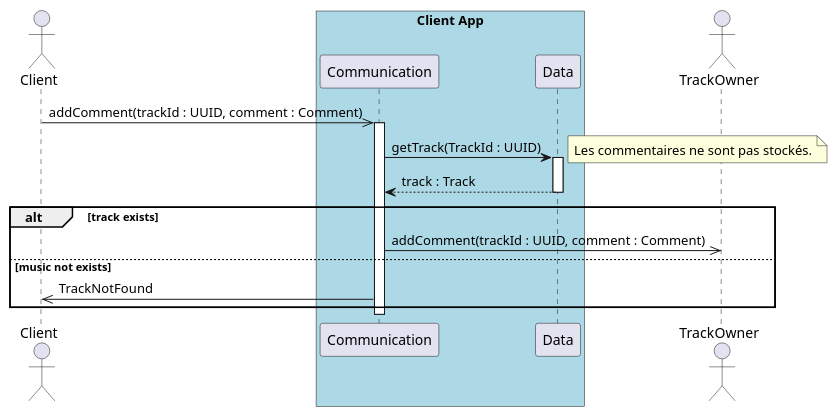
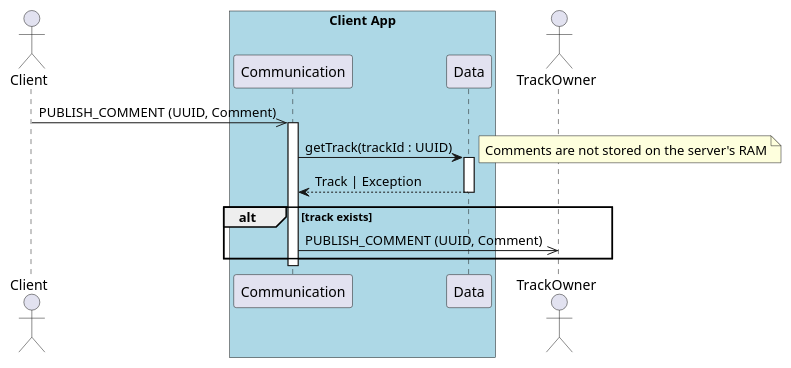
The diagram in sequence/4.2_add_comment_server.puml (UTCAI12/Diagrams), drawn with PlantUML before and after one commit. The commit also changed 12 other files, not shown here.

```diff
--- a/sequence/4.2_add_comment_server.puml
+++ b/sequence/4.2_add_comment_server.puml
@@ -1,28 +1,26 @@
-@startuml 4.2. User add a comment to a music (server)
+@startuml 4.2. User add a comment to a music (server side)
 
 actor Client as client
 
 box "Client App" #LightBlue
     participant Communication as com
     participant Data as data
 end box
 
 actor TrackOwner as owner
 
-client ->> com : addComment(trackId : UUID, comment : Comment)
+client ->> com : PUBLISH_COMMENT (UUID, Comment)
 
 activate com
 
-com -> data++ : getTrack(TrackId : UUID)
-note right : Les commentaires ne sont pas stockés.
-return track : Track
+com -> data++ : getTrack(trackId : UUID)
+note right : Comments are not stored on the server's RAM 
+return Track | Exception
 
 alt track exists
-    com ->> owner : addComment(trackId : UUID, comment : Comment)
-else music not exists
-    com ->> client : TrackNotFound
+    com ->> owner : PUBLISH_COMMENT (UUID, Comment)
 end
 
 deactivate com
 
 @enduml
```
